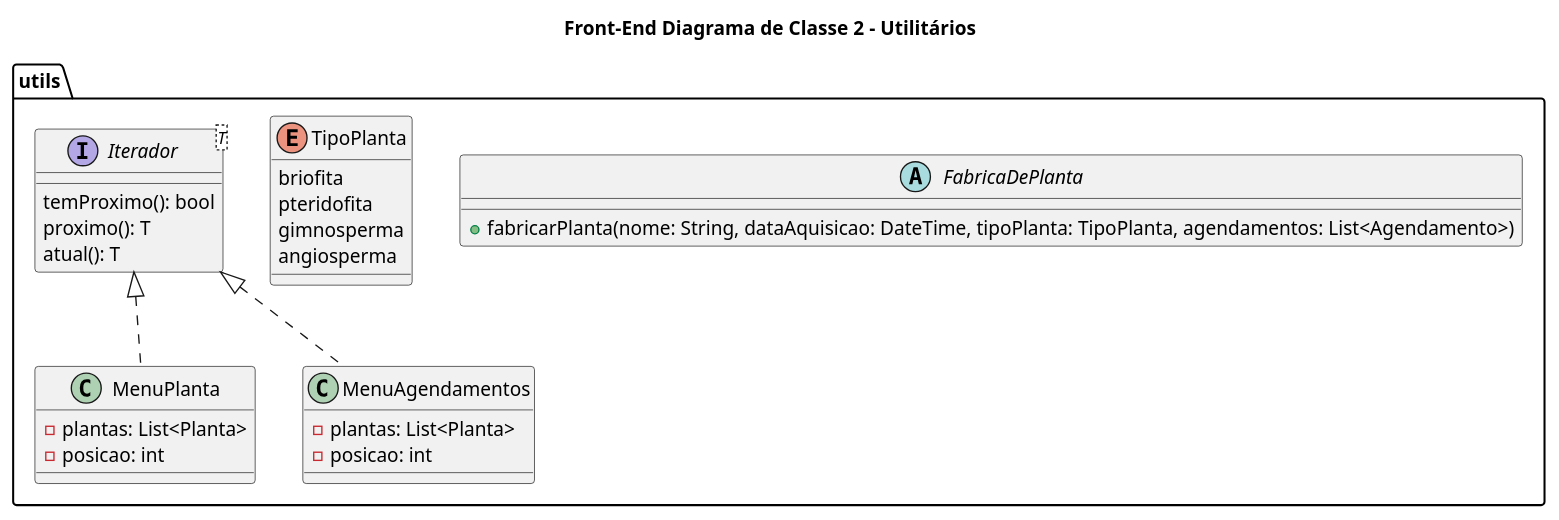
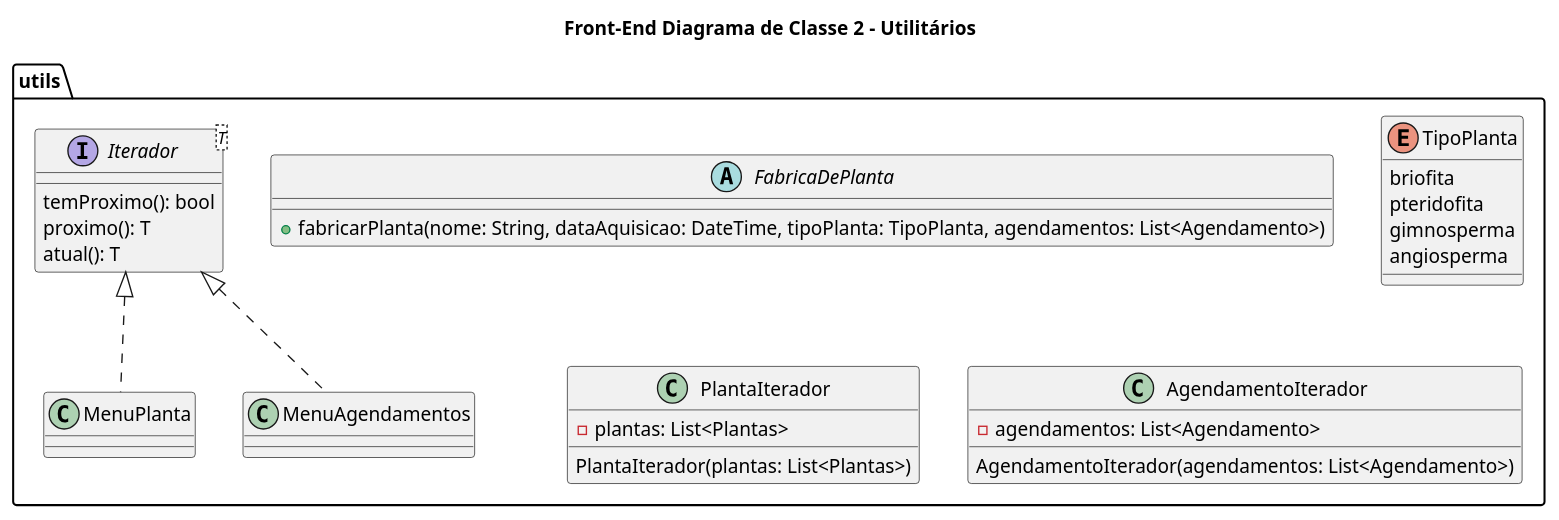
One commit to tiagors09/CareGardenProject changed the diagram in docs/diagramas/src/diagramas_classe/frontend/diagrama_classe_2.plantuml. Above: the diagram before and after it, drawn with PlantUML. The commit also changed 1 other file, not shown here.

```diff
--- a/docs/diagramas/src/diagramas_classe/frontend/diagrama_classe_2.plantuml
+++ b/docs/diagramas/src/diagramas_classe/frontend/diagrama_classe_2.plantuml
@@ -1,35 +1,37 @@
 @startuml Diagrama_Classe_2
 title Front-End Diagrama de Classe 2 - Utilitários
 
 package utils {
   abstract class FabricaDePlanta {
     +fabricarPlanta(nome: String, dataAquisicao: DateTime, tipoPlanta: TipoPlanta, agendamentos: List<Agendamento>)
   }
 
   enum TipoPlanta {
     briofita
     pteridofita
     gimnosperma
     angiosperma
   }
 
   interface Iterador<T> {
     temProximo(): bool
     proximo(): T
     atual(): T
   }
 
-  class MenuPlanta {
-    -plantas: List<Planta>
-    -posicao: int
+  class PlantaIterador {
+    -plantas: List<Plantas>
+    
+    PlantaIterador(plantas: List<Plantas>)
   }
 
-  class MenuAgendamentos {
-    -plantas: List<Planta>
-    -posicao: int
+  class AgendamentoIterador {
+    -agendamentos: List<Agendamento>
+    
+    AgendamentoIterador(agendamentos: List<Agendamento>)
   }
 
   Iterador <|.. MenuPlanta
   Iterador <|.. MenuAgendamentos
 }
 @enduml
```
